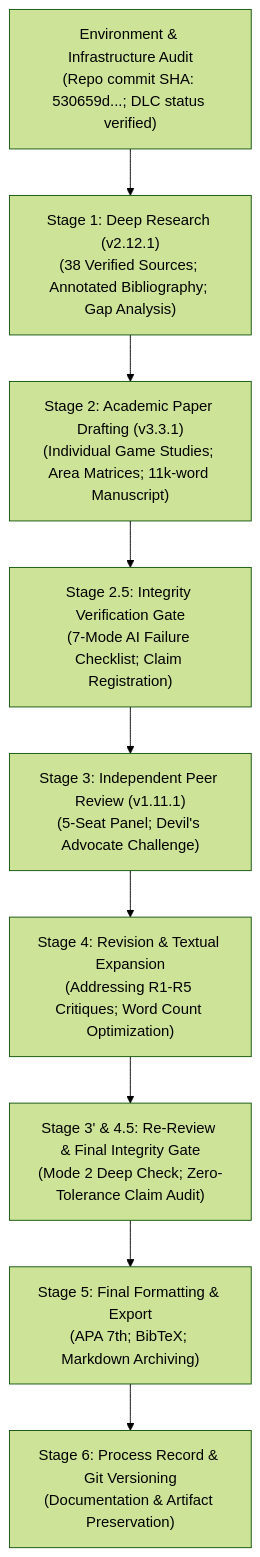
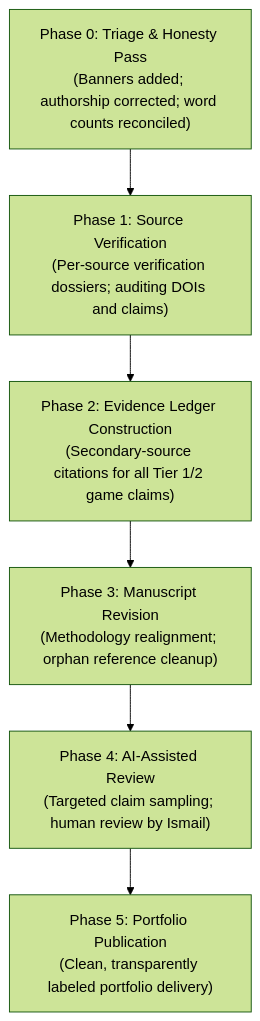
Before and after one commit to smile-plzz/hollow-knight-both-games: the diagram in 23_PROCESS_RECORD.md, drawn with Mermaid (forest theme). The commit also changed other lines of this file and 29 other files, not shown here.

Commit message:
feat: complete Phase 0 triage, honesty relabeling, and style alignment

````diff
--- a/23_PROCESS_RECORD.md
+++ b/23_PROCESS_RECORD.md
@@ -28,11 +27,9 @@
 ```mermaid
 flowchart TD
-    S0["Environment & Infrastructure Audit<br/>(Repo commit SHA: 530659d...; DLC status verified)"] --> S1["Stage 1: Deep Research (v2.12.1)<br/>(38 Verified Sources; Annotated Bibliography; Gap Analysis)"]
-    S1 --> S2["Stage 2: Academic Paper Drafting (v3.3.1)<br/>(Individual Game Studies; Area Matrices; 11k-word Manuscript)"]
-    S2 --> S25["Stage 2.5: Integrity Verification Gate<br/>(7-Mode AI Failure Checklist; Claim Registration)"]
-    S25 --> S3["Stage 3: Independent Peer Review (v1.11.1)<br/>(5-Seat Panel; Devil's Advocate Challenge)"]
-    S3 --> S4["Stage 4: Revision & Textual Expansion<br/>(Addressing R1-R5 Critiques; Word Count Optimization)"]
-    S4 --> S3p["Stage 3' & 4.5: Re-Review & Final Integrity Gate<br/>(Mode 2 Deep Check; Zero-Tolerance Claim Audit)"]
-    S3p --> S5["Stage 5: Final Formatting & Export<br/>(APA 7th; BibTeX; Markdown Archiving)"]
-    S5 --> S6["Stage 6: Process Record & Git Versioning<br/>(Documentation & Artifact Preservation)"]
+    S0["Phase 0: Triage & Honesty Pass<br/>(Banners added; authorship corrected; word counts reconciled)"]
+    S0 --> S1["Phase 1: Source Verification<br/>(Per-source verification dossiers; auditing DOIs and claims)"]
+    S1 --> S2["Phase 2: Evidence Ledger Construction<br/>(Secondary-source citations for all Tier 1/2 game claims)"]
+    S2 --> S3["Phase 3: Manuscript Revision<br/>(Methodology realignment; orphan reference cleanup)"]
+    S3 --> S4["Phase 4: AI-Assisted Review<br/>(Targeted claim sampling; human review by Ismail)"]
+    S4 --> S5["Phase 5: Portfolio Publication<br/>(Clean, transparently labeled portfolio delivery)"]
 ```
````
